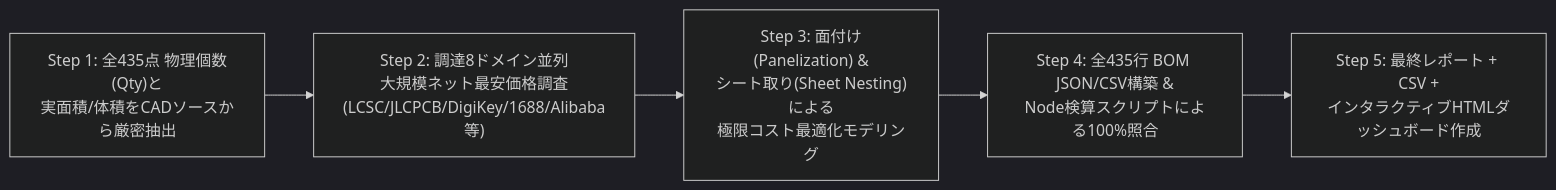
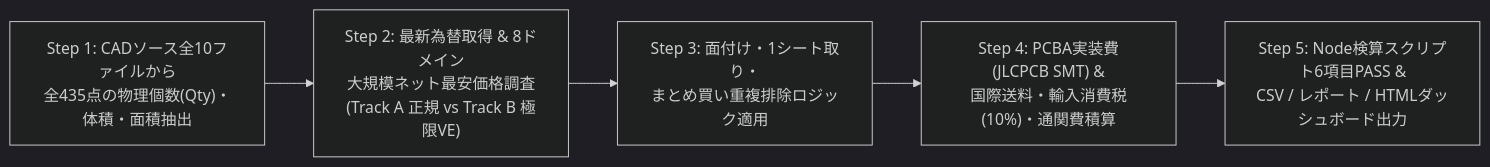
One commit to sc8z35a-collab/SONY-A7-IV-Diagram changed the diagram in _bg_meta/artifacts/implementation_plan.md. Above: the diagram before and after it, drawn with Mermaid (dark theme). The commit also changed other lines of this file and 3 other files, not shown here.

````diff
--- a/_bg_meta/artifacts/implementation_plan.md
+++ b/_bg_meta/artifacts/implementation_plan.md
@@ -58,7 +48,7 @@
 ```mermaid
 flowchart LR
-  S1["Step 1: 全435点 物理個数(Qty)と<br/>実面積/体積をCADソースから厳密抽出"] --> S2["Step 2: 調達8ドメイン並列<br/>大規模ネット最安価格調査<br/>(LCSC/JLCPCB/DigiKey/1688/Alibaba等)"]
-  S2 --> S3["Step 3: 面付け(Panelization) &<br/>シート取り(Sheet Nesting)による<br/>極限コスト最適化モデリング"]
-  S3 --> S4["Step 4: 全435行 BOM JSON/CSV構築 &<br/>Node検算スクリプトによる100%照合"]
-  S4 --> S5["Step 5: 最終レポート + CSV +<br/>インタラクティブHTMLダッシュボード作成"]
+  S1["Step 1: CADソース全10ファイルから<br/>全435点の物理個数(Qty)・体積・面積抽出"] --> S2["Step 2: 最新為替取得 & 8ドメイン<br/>大規模ネット最安価格調査<br/>(Track A 正規 vs Track B 極限VE)"]
+  S2 --> S3["Step 3: 面付け・1シート取り・<br/>まとめ買い重複排除ロジック適用"]
+  S3 --> S4["Step 4: PCBA実装費(JLCPCB SMT) &<br/>国際送料・輸入消費税(10%)・通関費積算"]
+  S4 --> S5["Step 5: Node検算スクリプト6項目PASS &<br/>CSV / レポート / HTMLダッシュボード出力"]
 ```
````
